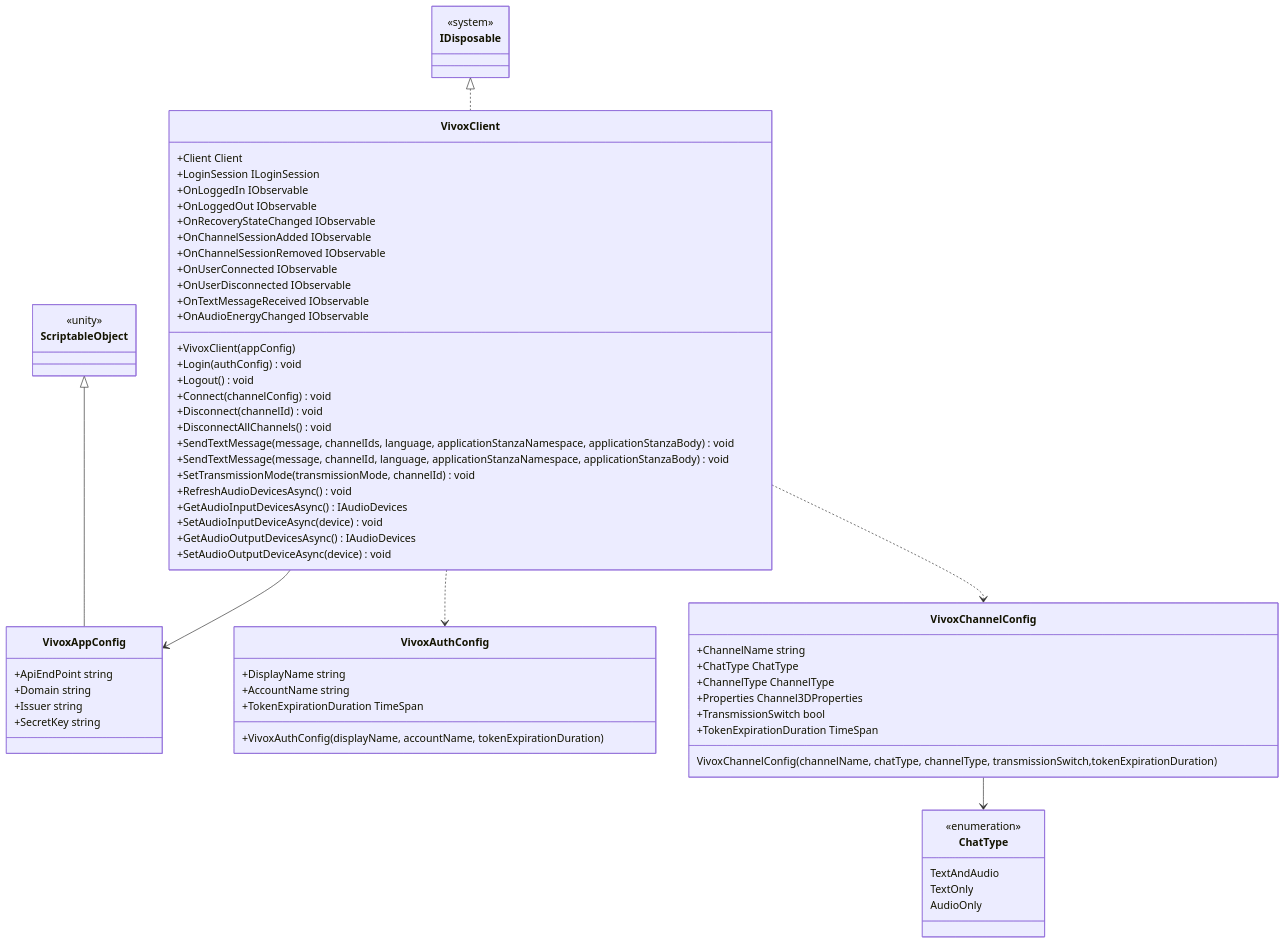
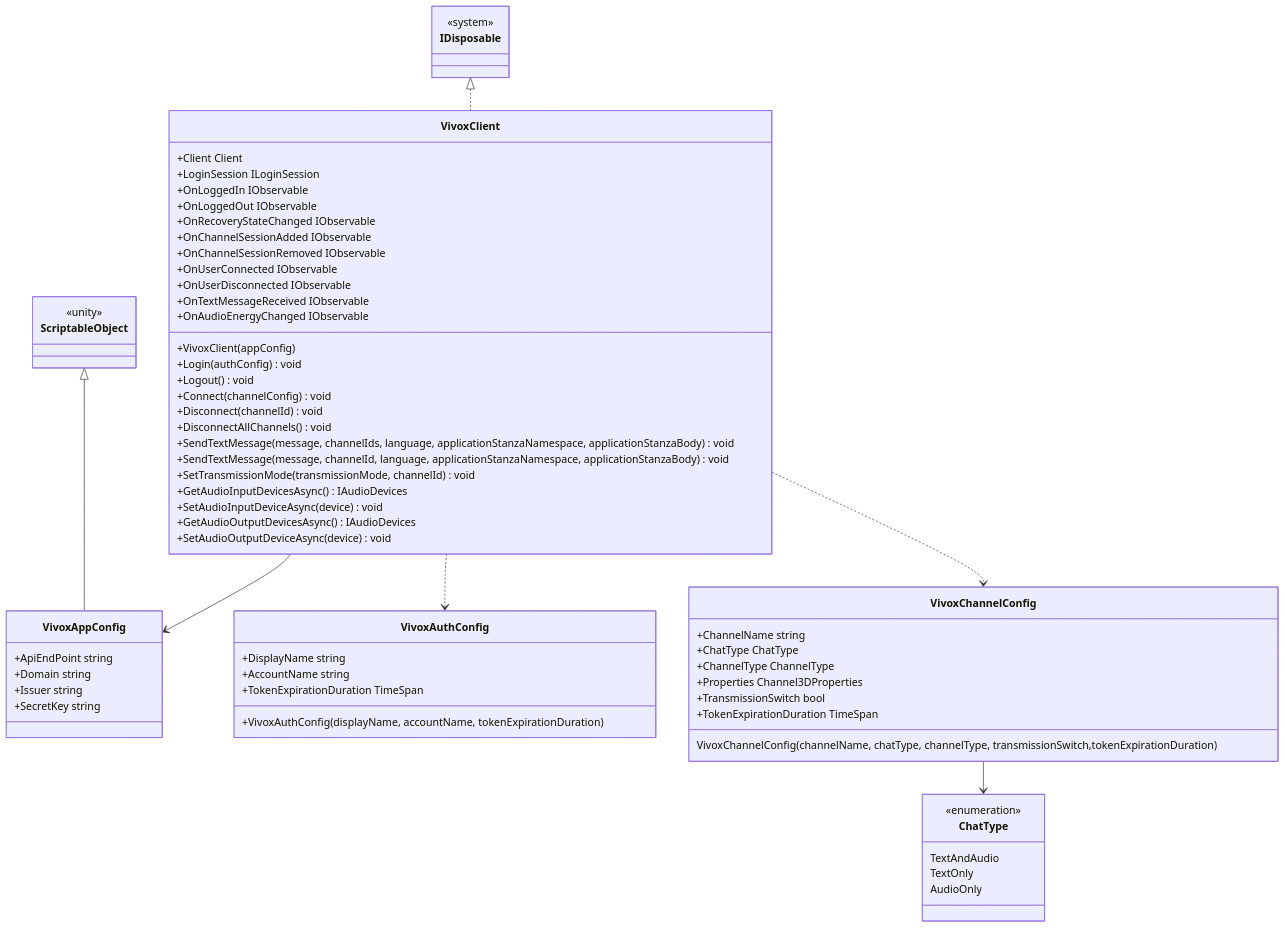
Before and after one commit to extreal-dev/Extreal.Guide: the diagram in docs/integration/chat.vivox.md, drawn with Mermaid.

Commit message:
RefreshAudioDevicesAsyncを削除

````diff
--- a/docs/integration/chat.vivox.md
+++ b/docs/integration/chat.vivox.md
@@ -40,77 +40,76 @@
 ```mermaid
 classDiagram
 
     VivoxClient --> VivoxAppConfig
     VivoxClient ..> VivoxAuthConfig
     VivoxClient ..> VivoxChannelConfig
     VivoxChannelConfig --> ChatType
     ScriptableObject <|-- VivoxAppConfig
     IDisposable <|.. VivoxClient
 
     class VivoxClient {
         +Client Client
         +LoginSession ILoginSession
         +OnLoggedIn IObservable
         +OnLoggedOut IObservable
         +OnRecoveryStateChanged IObservable
         +OnChannelSessionAdded IObservable
         +OnChannelSessionRemoved IObservable
         +OnUserConnected IObservable
         +OnUserDisconnected IObservable
         +OnTextMessageReceived IObservable
         +OnAudioEnergyChanged IObservable
         +VivoxClient(appConfig)
         +Login(authConfig) void
         +Logout() void
         +Connect(channelConfig) void
         +Disconnect(channelId) void
         +DisconnectAllChannels() void
         +SendTextMessage(message, channelIds, language, applicationStanzaNamespace, applicationStanzaBody) void
         +SendTextMessage(message, channelId, language, applicationStanzaNamespace, applicationStanzaBody) void
         +SetTransmissionMode(transmissionMode, channelId) void
-        +RefreshAudioDevicesAsync() void
         +GetAudioInputDevicesAsync() IAudioDevices
         +SetAudioInputDeviceAsync(device) void
         +GetAudioOutputDevicesAsync() IAudioDevices
         +SetAudioOutputDeviceAsync(device) void
     }
 
     class VivoxAppConfig {
         +ApiEndPoint string
         +Domain string
         +Issuer string
         +SecretKey string
     }
 
     class VivoxAuthConfig {
         +DisplayName string
         +AccountName string
         +TokenExpirationDuration TimeSpan
         +VivoxAuthConfig(displayName, accountName,  tokenExpirationDuration)
     }
 
     class ChatType {
         <<enumeration>>
         TextAndAudio
         TextOnly
         AudioOnly
     }
 
     class VivoxChannelConfig {
         +ChannelName string
         +ChatType ChatType
         +ChannelType ChannelType
         +Properties Channel3DProperties
         +TransmissionSwitch bool
         +TokenExpirationDuration TimeSpan
         VivoxChannelConfig(channelName, chatType, channelType, transmissionSwitch,tokenExpirationDuration)
     }
 
     class ScriptableObject {
         <<unity>>
     }
 
     class IDisposable {
         <<system>>
     }
 ```
````
